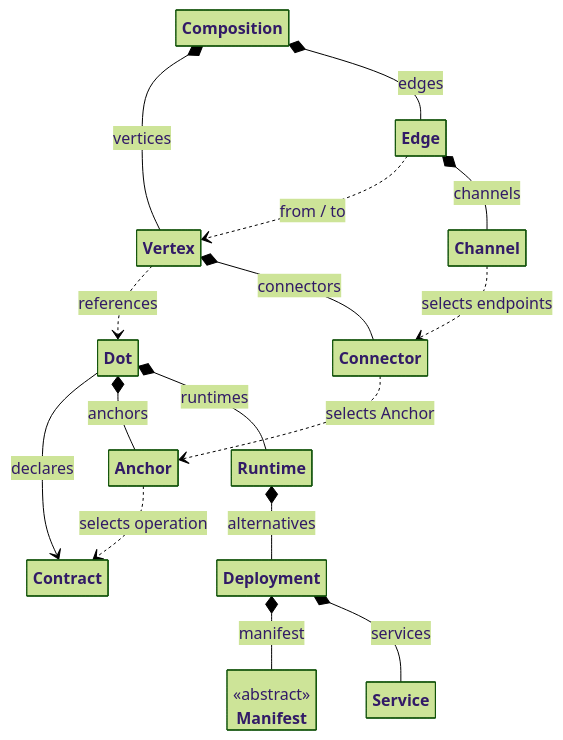
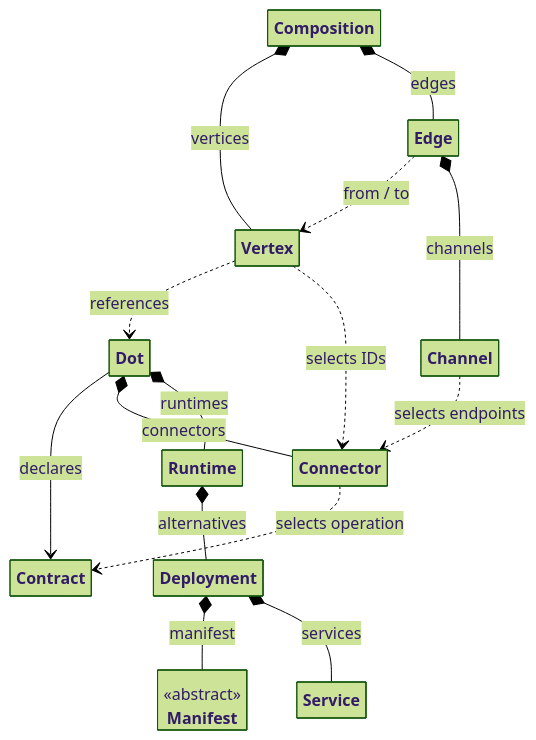
Before and after one commit to MARE-EU-Project/DOT-Docs: the diagram in DOT-Design/next/dot-design/_attachments/diagrams/dot-domain-overview.mmd, drawn with Mermaid (forest theme). The commit also changed 106 other files, not shown here.

```diff
--- a/DOT-Design/next/dot-design/_attachments/diagrams/dot-domain-overview.mmd
+++ b/DOT-Design/next/dot-design/_attachments/diagrams/dot-domain-overview.mmd
@@ -1,43 +1,41 @@
 ---
 config:
   class:
     hideEmptyMembersBox: true
     nodeSpacing: 20
     rankSpacing: 30
     padding: 6
 ---
 classDiagram
   direction TB
   accTitle: Simplified DOT domain model
-  accDescr: Dot declares Contracts and contains Anchors and Runtime alternatives. An Anchor selects a Contract operation. Each Runtime offers Deployments. A Deployment contains one manifest and its logical services. A separate Composition aggregate owns vertices that select exact DOT releases. Edges connect vertices and contain channels that select their connectors.
+  accDescr: Dot declares Contracts and contains Connectors and Runtime alternatives. A Connector selects a Contract operation. Each Runtime offers Deployments. A Deployment contains one manifest and its logical services. A separate Composition aggregate owns vertices that select exact DOT releases. Edges connect vertices and contain channels that select their connectors.
 
   class Dot
   class Contract
-  class Anchor
+  class Connector
   class Runtime
   class Deployment
   class Manifest {
     <<abstract>>
   }
   class Service
   class Composition
   class Vertex
   class Edge
   class Channel
-  class Connector
 
   Composition *-- Vertex : vertices
   Composition *-- Edge : edges
   Vertex ..> Dot : references
   Edge ..> Vertex : from / to
   Edge *-- Channel : channels
-  Vertex *-- Connector : connectors
+  Vertex ..> Connector : selects IDs
   Channel ..> Connector : selects endpoints
-  Connector ..> Anchor : selects Anchor
   Dot --> Contract : declares
-  Dot *-- Anchor : anchors
+  Dot *-- Connector : connectors
   Dot *-- Runtime : runtimes
-  Anchor ..> Contract : selects operation
+  Connector ..> Contract : selects operation
   Runtime *-- Deployment : alternatives
   Deployment *-- Manifest : manifest
   Deployment *-- Service : services
```
